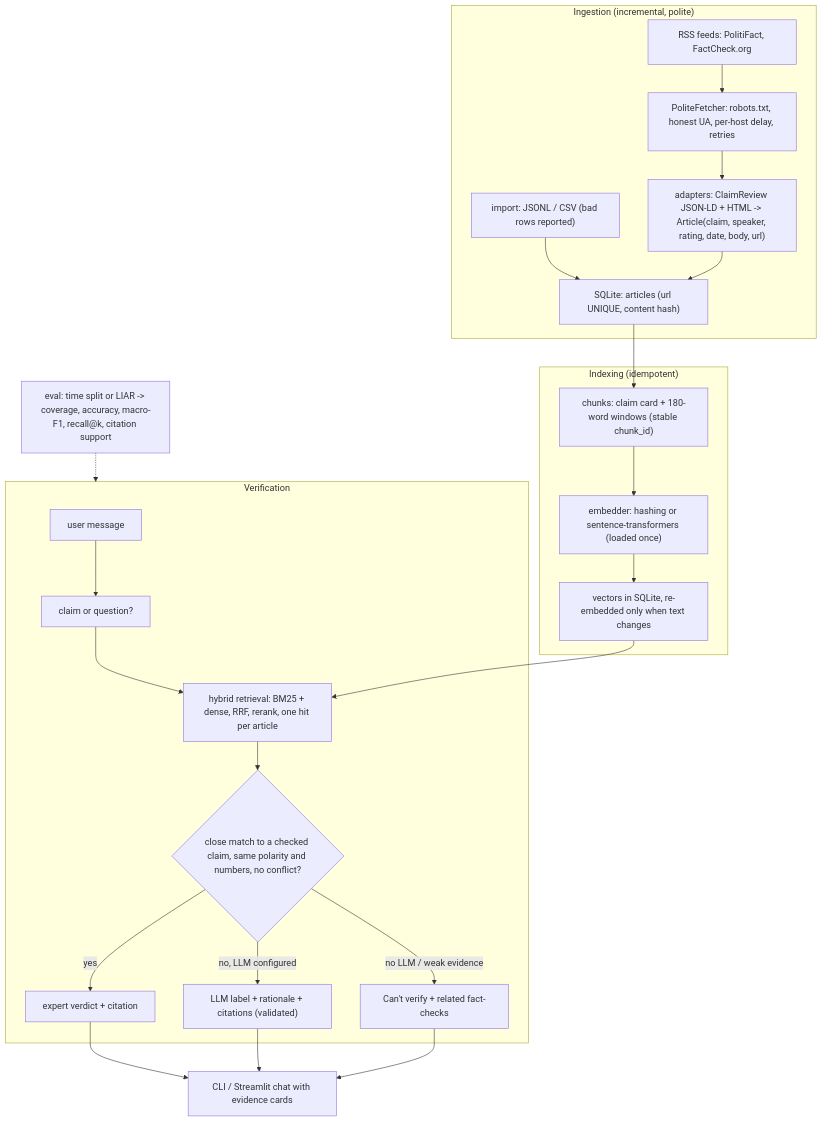
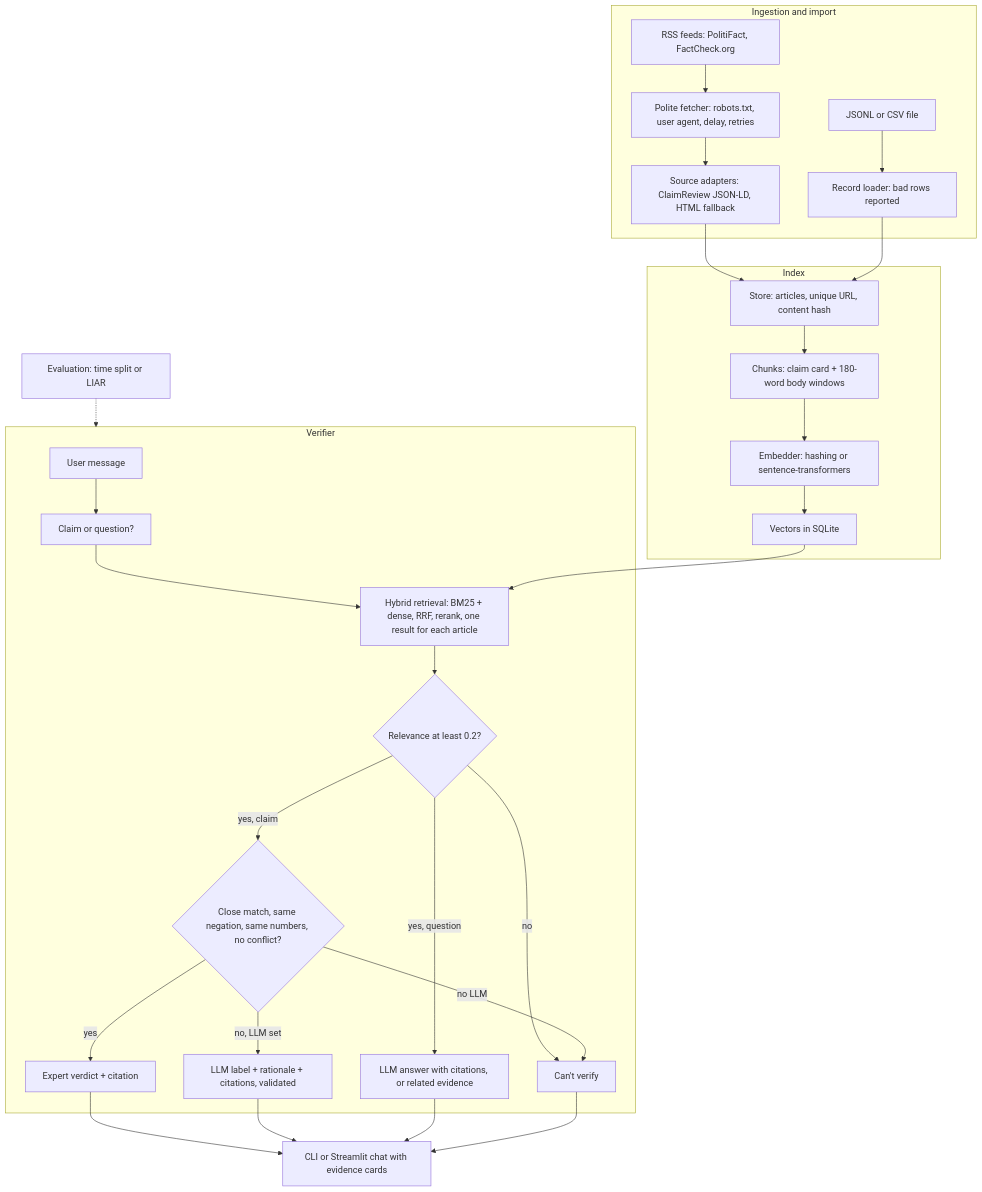
The third of 3 diagrams in README.md (KrishnaAnnavaram/truthtrace), drawn with Mermaid before and after one commit. The commit also changed other lines of this file and 8 other files, not shown here.

````diff
--- a/README.md
+++ b/README.md
@@ -23,25 +247,32 @@
 ```mermaid
 flowchart TB
-  subgraph ingest["Ingestion (incremental, polite)"]
-    RSS["RSS feeds: PolitiFact, FactCheck.org"] --> F["PoliteFetcher: robots.txt, honest UA, per-host delay, retries"]
-    F --> PARSE["adapters: ClaimReview JSON-LD + HTML -> Article(claim, speaker, rating, date, body, url)"]
-    FILE["import: JSONL / CSV (bad rows reported)"] --> DB
-    PARSE --> DB["SQLite: articles (url UNIQUE, content hash)"]
-  end
-  subgraph index["Indexing (idempotent)"]
-    DB --> CH["chunks: claim card + 180-word windows (stable chunk_id)"]
-    CH --> EMB["embedder: hashing or sentence-transformers (loaded once)"]
-    EMB --> VEC["vectors in SQLite, re-embedded only when text changes"]
-  end
-  subgraph verify["Verification"]
-    Q["user message"] --> CLS["claim or question?"]
-    CLS --> RET["hybrid retrieval: BM25 + dense, RRF, rerank, one hit per article"]
-    VEC --> RET
-    RET --> M{"close match to a checked claim, same polarity and numbers, no conflict?"}
-    M -->|"yes"| EXP["expert verdict + citation"]
-    M -->|"no, LLM configured"| LLM["LLM label + rationale + citations (validated)"]
-    M -->|"no LLM / weak evidence"| AB["Can't verify + related fact-checks"]
-  end
-  EXP & LLM & AB --> UI["CLI / Streamlit chat with evidence cards"]
-  EVAL["eval: time split or LIAR -> coverage, accuracy, macro-F1, recall@k, citation support"] -.-> verify
+    subgraph ING["Ingestion and import"]
+        RSS["RSS feeds: PolitiFact, FactCheck.org"] --> PF["Polite fetcher: robots.txt, user agent, delay, retries"]
+        PF --> AD["Source adapters: ClaimReview JSON-LD, HTML fallback"]
+        FILE["JSONL or CSV file"] --> REC["Record loader: bad rows reported"]
+    end
+    AD --> DB["Store: articles, unique URL, content hash"]
+    REC --> DB
+    subgraph IDX["Index"]
+        DB --> CH["Chunks: claim card + 180-word body windows"]
+        CH --> EMB["Embedder: hashing or sentence-transformers"]
+        EMB --> VEC["Vectors in SQLite"]
+    end
+    subgraph VER["Verifier"]
+        Q["User message"] --> CLS["Claim or question?"]
+        CLS --> RET["Hybrid retrieval: BM25 + dense, RRF, rerank, one result for each article"]
+        VEC --> RET
+        RET --> TH{"Relevance at least 0.2?"}
+        TH -->|"no"| AB["Can't verify"]
+        TH -->|"yes, claim"| MT{"Close match, same negation, same numbers, no conflict?"}
+        TH -->|"yes, question"| ANS["LLM answer with citations, or related evidence"]
+        MT -->|"yes"| EXP["Expert verdict + citation"]
+        MT -->|"no, LLM set"| LLMJ["LLM label + rationale + citations, validated"]
+        MT -->|"no LLM"| AB
+    end
+    EXP --> UI["CLI or Streamlit chat with evidence cards"]
+    LLMJ --> UI
+    ANS --> UI
+    AB --> UI
+    EVAL["Evaluation: time split or LIAR"] -.-> VER
 ```
````
